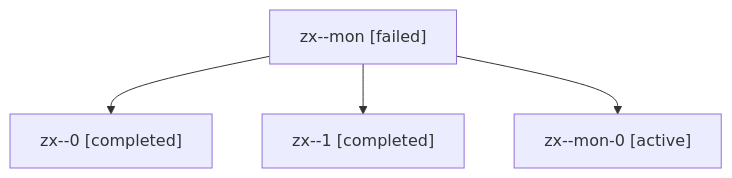
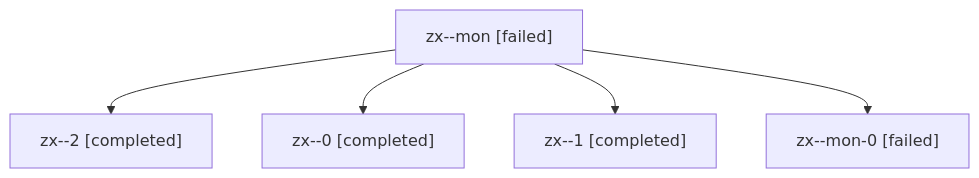
The diagram in families/bbugyi200.athena.zx.md (sase-org/sase--agents), drawn with Mermaid before and after one commit. The commit also changed other lines of this file and 1178 other files, not shown here.

````diff
--- a/families/bbugyi200.athena.zx.md
+++ b/families/bbugyi200.athena.zx.md
@@ -9,10 +9,12 @@
 ```mermaid
 flowchart TD
   n0["zx--mon [failed]"]
-  n1["zx--0 [completed]"]
+  n1["zx--2 [completed]"]
   n0 --> n1
-  n2["zx--1 [completed]"]
+  n2["zx--0 [completed]"]
   n0 --> n2
-  n3["zx--mon-0 [active]"]
+  n3["zx--1 [completed]"]
   n0 --> n3
+  n4["zx--mon-0 [failed]"]
+  n0 --> n4
 ```
````
